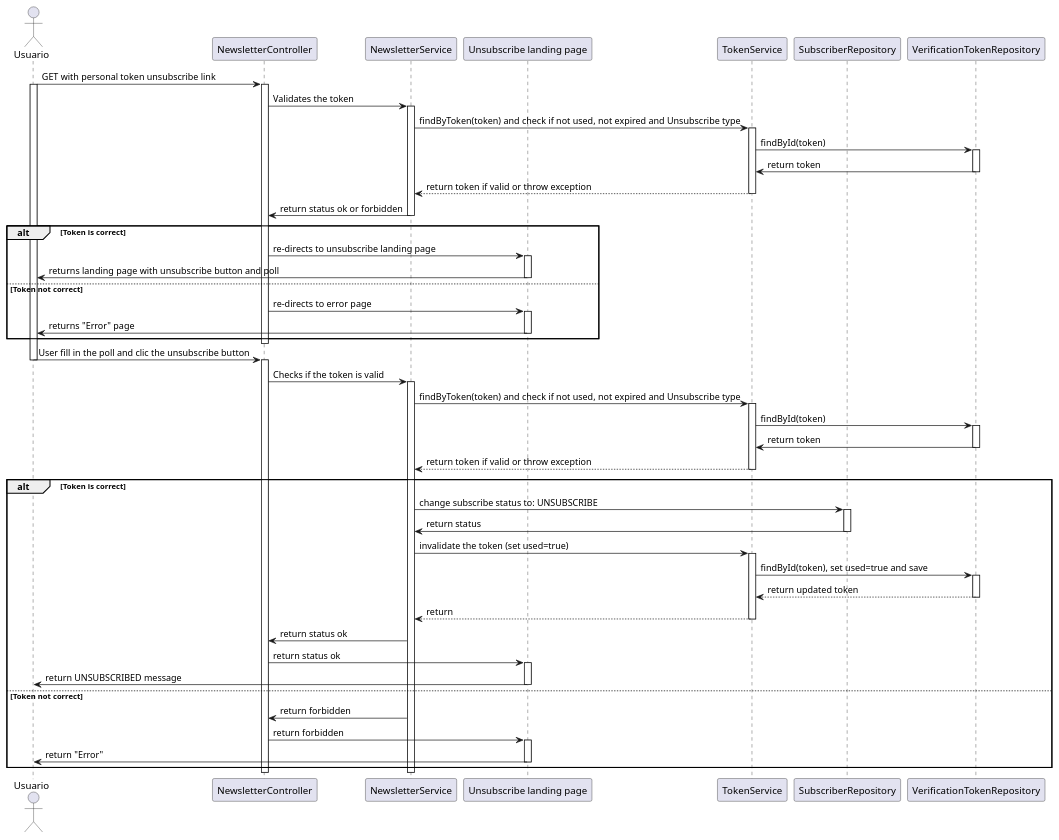
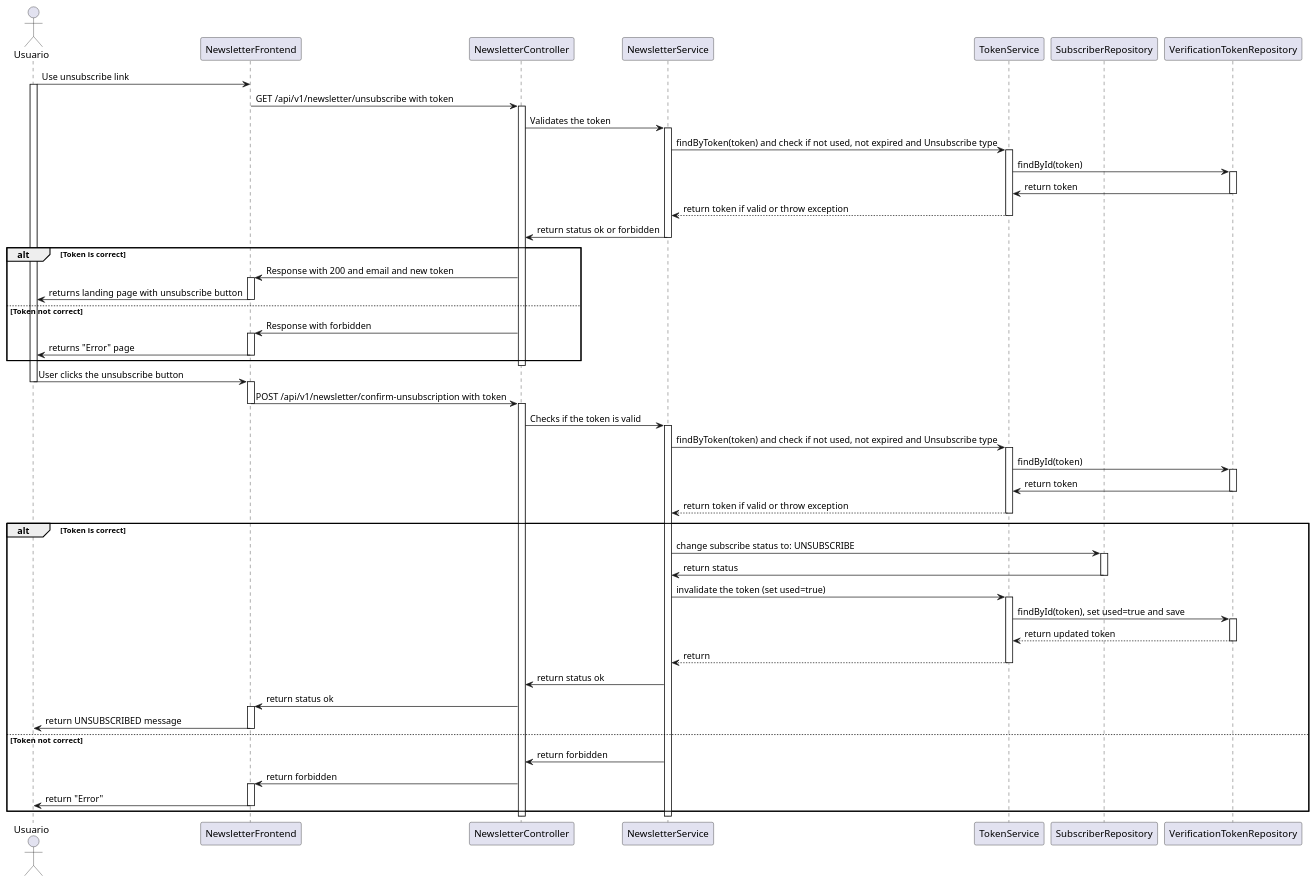
One commit to raullopezpenalva/Newsletter-Service changed the diagram in plantUML/unsubscribe_sequence_diagram.puml. Above: the diagram before and after it, drawn with PlantUML. The commit also changed 21 other files, not shown here.

```diff
--- a/plantUML/unsubscribe_sequence_diagram.puml
+++ b/plantUML/unsubscribe_sequence_diagram.puml
@@ -1,83 +1,86 @@
 @startuml unsubscribe_sequence_diagram
 actor Usuario
 
+participant "NewsletterFrontend" as Frontend
 participant "NewsletterController" as Controller
 participant "NewsletterService" as Service
-participant "Unsubscribe landing page" as FrontendService
 participant "TokenService" as TokenService
 participant "SubscriberRepository" as Repo
 participant "VerificationTokenRepository" as TokenRepo
 
-Usuario -> Controller : GET with personal token unsubscribe link
+Usuario -> Frontend : Use unsubscribe link
 activate Usuario
-
+Frontend -> Controller : GET /api/v1/newsletter/unsubscribe with token
 activate Controller
 Controller -> Service : Validates the token
 activate Service
 Service -> TokenService : findByToken(token) and check if not used, not expired and Unsubscribe type
 activate TokenService
 TokenService -> TokenRepo : findById(token)
 activate TokenRepo
 TokenRepo -> TokenService : return token
 deactivate TokenRepo
 TokenService --> Service : return token if valid or throw exception
 deactivate TokenService
 Service -> Controller : return status ok or forbidden
 deactivate Service
 alt Token is correct
-  Controller -> FrontendService : re-directs to unsubscribe landing page
-  activate FrontendService
-  FrontendService -> Usuario : returns landing page with unsubscribe button and poll
-  deactivate FrontendService
+  Controller -> Frontend : Response with 200 and email and new token
+  activate Frontend
+  Frontend -> Usuario : returns landing page with unsubscribe button
+  deactivate Frontend
 else Token not correct
-  Controller -> FrontendService : re-directs to error page
-  activate FrontendService
-  FrontendService -> Usuario : returns "Error" page
-  deactivate FrontendService
+  Controller -> Frontend : Response with forbidden
+  activate Frontend
+  Frontend -> Usuario : returns "Error" page
+  deactivate Frontend
 end
 deactivate Controller
 
-Usuario -> Controller : User fill in the poll and clic the unsubscribe button
+Usuario -> Frontend : User clicks the unsubscribe button
 deactivate Usuario
+activate Frontend
+Frontend -> Controller : POST /api/v1/newsletter/confirm-unsubscription with token
+deactivate Frontend
 activate Controller 
 Controller -> Service : Checks if the token is valid
 activate Service
 Service -> TokenService : findByToken(token) and check if not used, not expired and Unsubscribe type
 activate TokenService
 TokenService -> TokenRepo : findById(token)
 activate TokenRepo
 TokenRepo -> TokenService : return token
 deactivate TokenRepo
 TokenService --> Service : return token if valid or throw exception
 deactivate TokenService
 
 alt Token is correct
   Service -> Repo : change subscribe status to: UNSUBSCRIBE
   activate Repo
   Repo -> Service : return status
   deactivate Repo
   Service -> TokenService : invalidate the token (set used=true)
   activate TokenService
   TokenService -> TokenRepo : findById(token), set used=true and save
   activate TokenRepo
   TokenRepo --> TokenService : return updated token
   deactivate TokenRepo
   TokenService --> Service : return
   deactivate TokenService
   Service -> Controller : return status ok
-  Controller -> FrontendService : return status ok
-  activate FrontendService
-  FrontendService -> Usuario : return UNSUBSCRIBED message
-  deactivate FrontendService
+  Controller -> Frontend : return status ok
+  activate Frontend
+  Frontend -> Usuario : return UNSUBSCRIBED message
+  deactivate Frontend
 else Token not correct
   Service -> Controller : return forbidden
-  Controller -> FrontendService : return forbidden
-  activate FrontendService
-  FrontendService -> Usuario : return "Error"
-  deactivate FrontendService
+  Controller -> Frontend : return forbidden
+  activate Frontend
+  Frontend -> Usuario : return "Error"
+  deactivate Frontend
 end
 
 deactivate Service
 deactivate Controller
 
 @enduml
```
